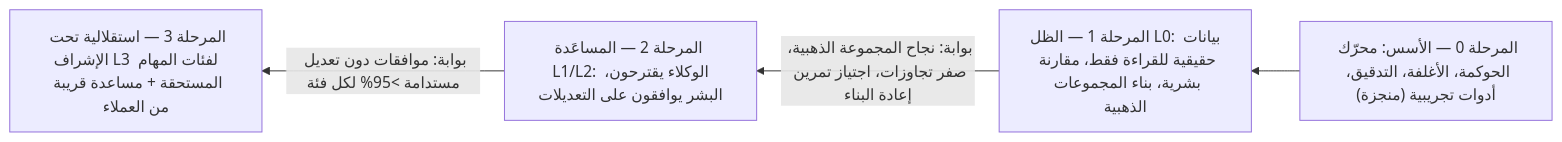
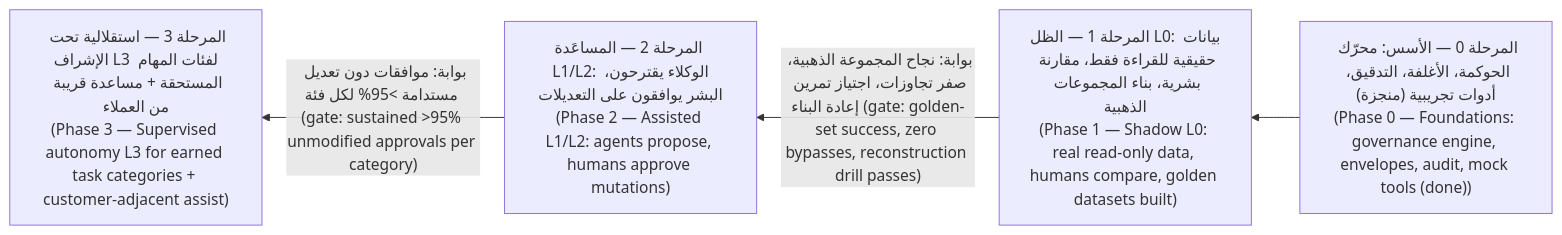
Before and after one commit to Tamoura/AI-agents: the fourth of 4 diagrams in qdb-agent-framework/docs/PRODUCTION-PLAYBOOK.ar.md, drawn with Mermaid. The commit also changed other lines of this file and 3 other files, not shown here.

First line of the commit message:
Arabic docs: English on every diagram label; rebuild Arabic HTML

````diff
--- a/qdb-agent-framework/docs/PRODUCTION-PLAYBOOK.ar.md
+++ b/qdb-agent-framework/docs/PRODUCTION-PLAYBOOK.ar.md
@@ -340,11 +340,11 @@
 ```mermaid
 flowchart RL
-    P0["المرحلة 0 — الأسس: محرّك الحوكمة، الأغلفة، التدقيق، أدوات تجريبية (منجزة)"]
-    P1["المرحلة 1 — الظل L0: بيانات حقيقية للقراءة فقط، مقارنة بشرية، بناء المجموعات الذهبية"]
-    P2["المرحلة 2 — المساعَدة L1/L2: الوكلاء يقترحون، البشر يوافقون على التعديلات"]
-    P3["المرحلة 3 — استقلالية تحت الإشراف L3 لفئات المهام المستحقة + مساعدة قريبة من العملاء"]
+    P0["المرحلة 0 — الأسس: محرّك الحوكمة، الأغلفة، التدقيق، أدوات تجريبية (منجزة)<br/>(Phase 0 — Foundations: governance engine, envelopes, audit, mock tools (done))"]
+    P1["المرحلة 1 — الظل L0: بيانات حقيقية للقراءة فقط، مقارنة بشرية، بناء المجموعات الذهبية<br/>(Phase 1 — Shadow L0: real read-only data, humans compare, golden datasets built)"]
+    P2["المرحلة 2 — المساعَدة L1/L2: الوكلاء يقترحون، البشر يوافقون على التعديلات<br/>(Phase 2 — Assisted L1/L2: agents propose, humans approve mutations)"]
+    P3["المرحلة 3 — استقلالية تحت الإشراف L3 لفئات المهام المستحقة + مساعدة قريبة من العملاء<br/>(Phase 3 — Supervised autonomy L3 for earned task categories + customer-adjacent assist)"]
 
     P0 --> P1
-    P1 -->|"بوابة: نجاح المجموعة الذهبية، صفر تجاوزات، اجتياز تمرين إعادة البناء"| P2
-    P2 -->|"بوابة: موافقات دون تعديل مستدامة >95% لكل فئة"| P3
+    P1 -->|"بوابة: نجاح المجموعة الذهبية، صفر تجاوزات، اجتياز تمرين إعادة البناء (gate: golden-set success, zero bypasses, reconstruction drill passes)"| P2
+    P2 -->|"بوابة: موافقات دون تعديل مستدامة >95% لكل فئة (gate: sustained >95% unmodified approvals per category)"| P3
 ```
````
